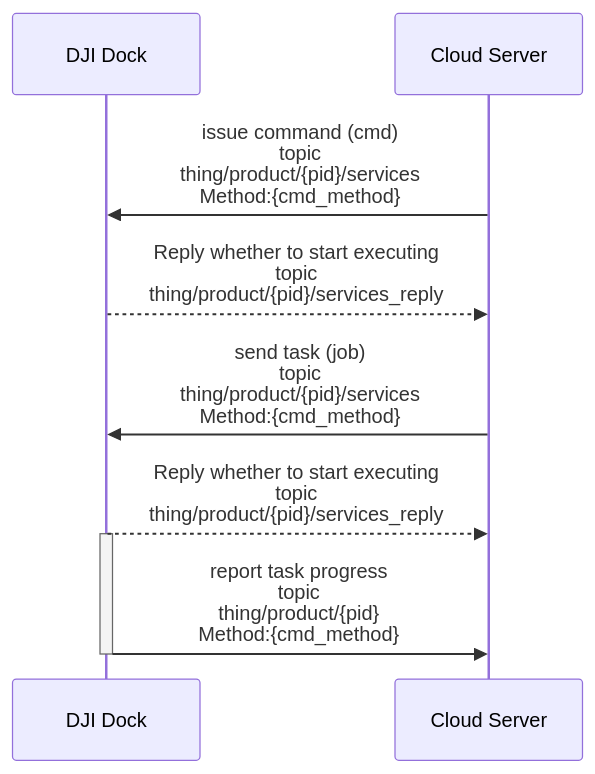
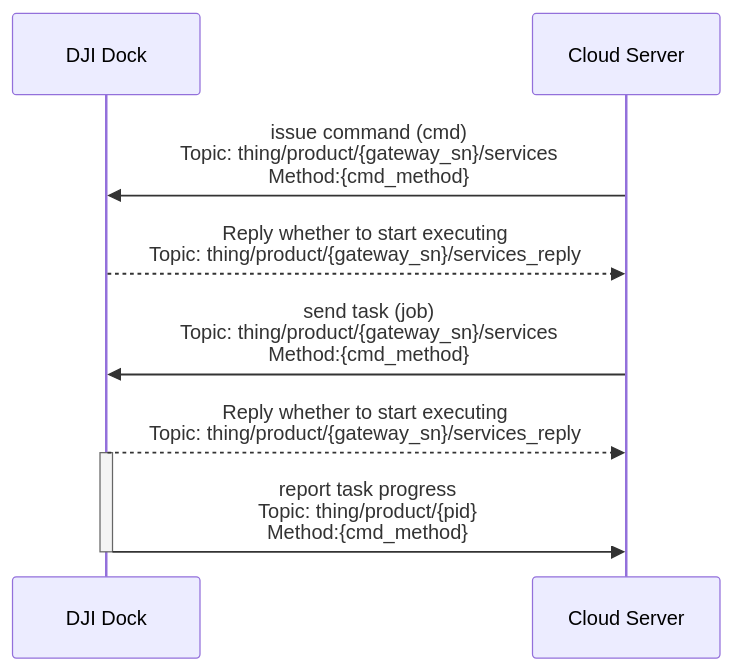
One commit to dji-sdk/Cloud-API-Doc changed the diagram in docs/en/30.feature-set/20.dock-feature-set/70.remote-debug.md. Above: the diagram before and after it, drawn with Mermaid. The commit also changed other lines of this file and 72 other files, not shown here.

`````diff
--- a/docs/en/30.feature-set/20.dock-feature-set/70.remote-debug.md
+++ b/docs/en/30.feature-set/20.dock-feature-set/70.remote-debug.md
@@ -35,20 +32,20 @@
 ````mermaid
 sequenceDiagram
 
 participant client as DJI Dock
 participant app_server as Cloud Server
 
-app_server ->> client : issue command (cmd) <br/>topic<br/> thing/product/{pid}/services<br/>Method:{cmd_method}
-client -->> app_server : Reply whether to start executing <br/>topic<br/>thing/product/{pid}/services_reply
+app_server ->> client : issue command (cmd) <br/>Topic: thing/product/{gateway_sn}/services<br/>Method:{cmd_method}
+client -->> app_server : Reply whether to start executing <br/>Topic: thing/product/{gateway_sn}/services_reply
 
-app_server ->> client : send task (job)<br/>topic<br/> thing/product/{pid}/services<br/>Method:{cmd_method}
-client -->> app_server : Reply whether to start executing <br/>topic<br/>thing/product/{pid}/services_reply
+app_server ->> client : send task (job)<br/>Topic: thing/product/{gateway_sn}/services<br/>Method:{cmd_method}
+client -->> app_server : Reply whether to start executing <br/>Topic: thing/product/{gateway_sn}/services_reply
 
 
 activate client
 
-client ->> app_server : report task progress<br/>topic<br/>thing/product/{pid}<br/>Method:{cmd_method}
+client ->> app_server : report task progress<br/>Topic: thing/product/{pid}<br/>Method:{cmd_method}
 
 deactivate client
 
 ````
`````
